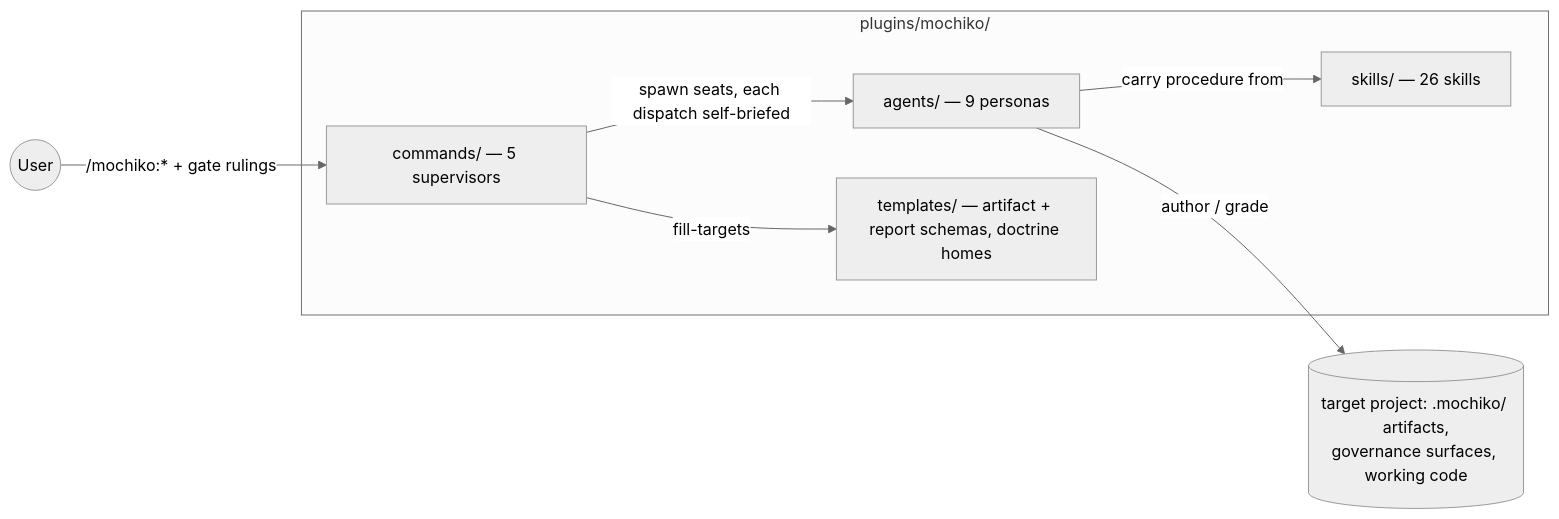
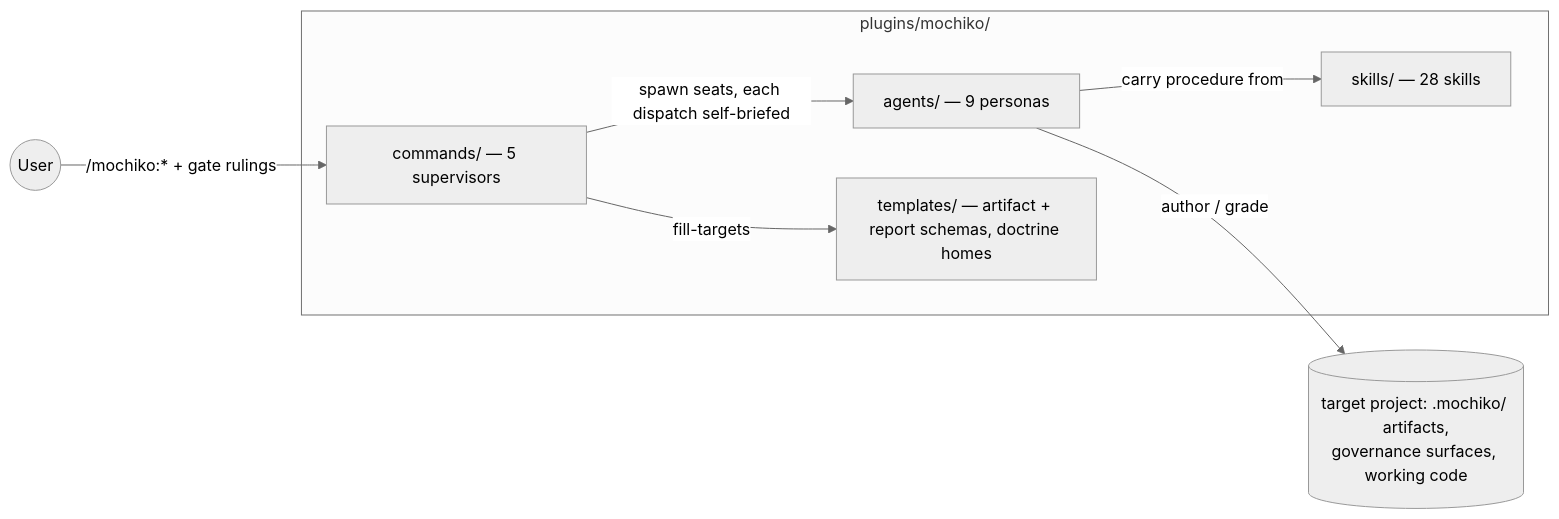
Before and after one commit to humaninloop-dev/mochiko: the first of 7 diagrams in ARCHITECTURE.md, drawn with Mermaid (neutral theme). The commit also changed other lines of this file and 24 other files, not shown here.

````diff
--- a/ARCHITECTURE.md
+++ b/ARCHITECTURE.md
@@ -19,15 +19,15 @@
 ```mermaid
 flowchart LR
   user(("User"))
   user -->|"/mochiko:* + gate rulings"| commands
   subgraph plugin ["plugins/mochiko/"]
     commands["commands/ — 5 supervisors"]
     agents["agents/ — 9 personas"]
-    skills["skills/ — 26 skills"]
+    skills["skills/ — 28 skills"]
     templates["templates/ — artifact + report schemas, doctrine homes"]
     commands -->|"spawn seats, each dispatch self-briefed"| agents
     agents -->|"carry procedure from"| skills
     commands -->|"fill-targets"| templates
   end
   agents -->|"author / grade"| target[("target project: .mochiko/ artifacts,<br/>governance surfaces, working code")]
 ```
````
